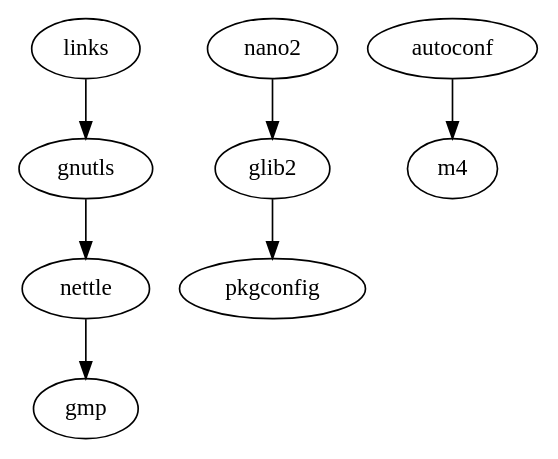
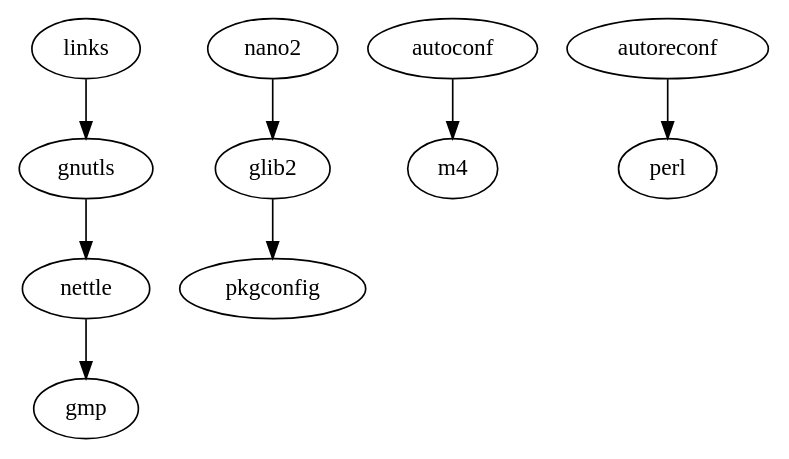
The diagram in dg.dot (rhaleblian/backstep), drawn with Graphviz before and after one commit. The commit also changed 2 other files, not shown here.

```diff
--- a/dg.dot
+++ b/dg.dot
@@ -1,7 +1,8 @@
 // https://en.wikipedia.org/wiki/DOT_(graph_description_language)
 
 digraph build_dependency {
 	links -> gnutls -> nettle -> gmp
 	nano2 -> glib2 -> pkgconfig
 	autoconf -> m4
+	autoreconf -> perl
 }
```
